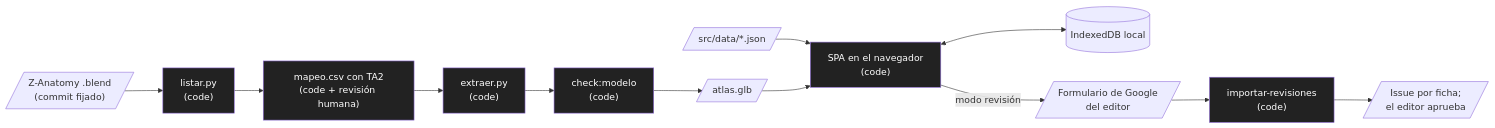
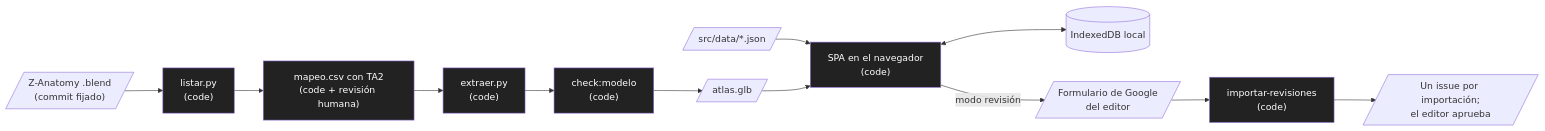
Before and after one commit to ragarciaga/3d_brain: the diagram in docs/brief.md, drawn with Mermaid. The commit also changed other lines of this file and 7 other files, not shown here.

````diff
--- a/docs/brief.md
+++ b/docs/brief.md
@@ -37,16 +37,16 @@
 ```mermaid
 flowchart LR
   ZA[/"Z-Anatomy .blend<br/>(commit fijado)"/] --> L["listar.py<br/>(code)"]
   L --> M["mapeo.csv con TA2<br/>(code + revisión humana)"]
   M --> X["extraer.py<br/>(code)"]
   X --> V["check:modelo<br/>(code)"]
   V --> GLB[/"atlas.glb"/]
   C[/"src/data/*.json"/] --> APP["SPA en el navegador<br/>(code)"]
   GLB --> APP
   APP <--> IDB[("IndexedDB local")]
   APP -- "modo revisión" --> GF[/"Formulario de Google<br/>del editor"/]
   GF --> IMP["importar-revisiones<br/>(code)"]
-  IMP --> ISS[/"Issue por ficha;<br/>el editor aprueba"/]
+  IMP --> ISS[/"Un issue por importación;<br/>el editor aprueba"/]
   classDef code fill:#222,color:#fff
   class L,M,X,V,APP,IMP code
 ```
````
